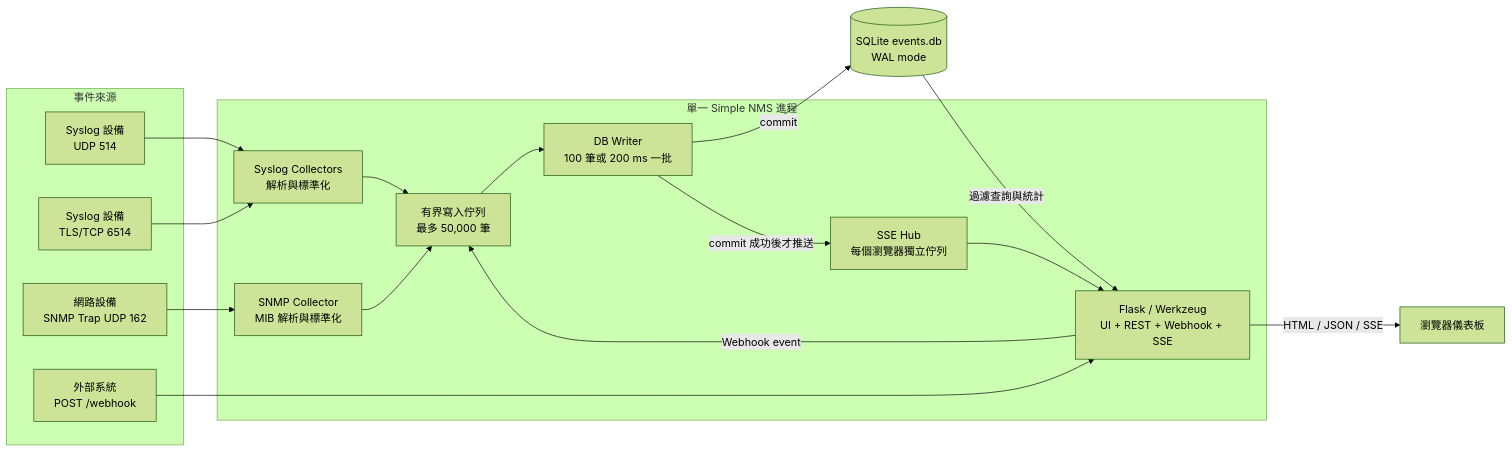
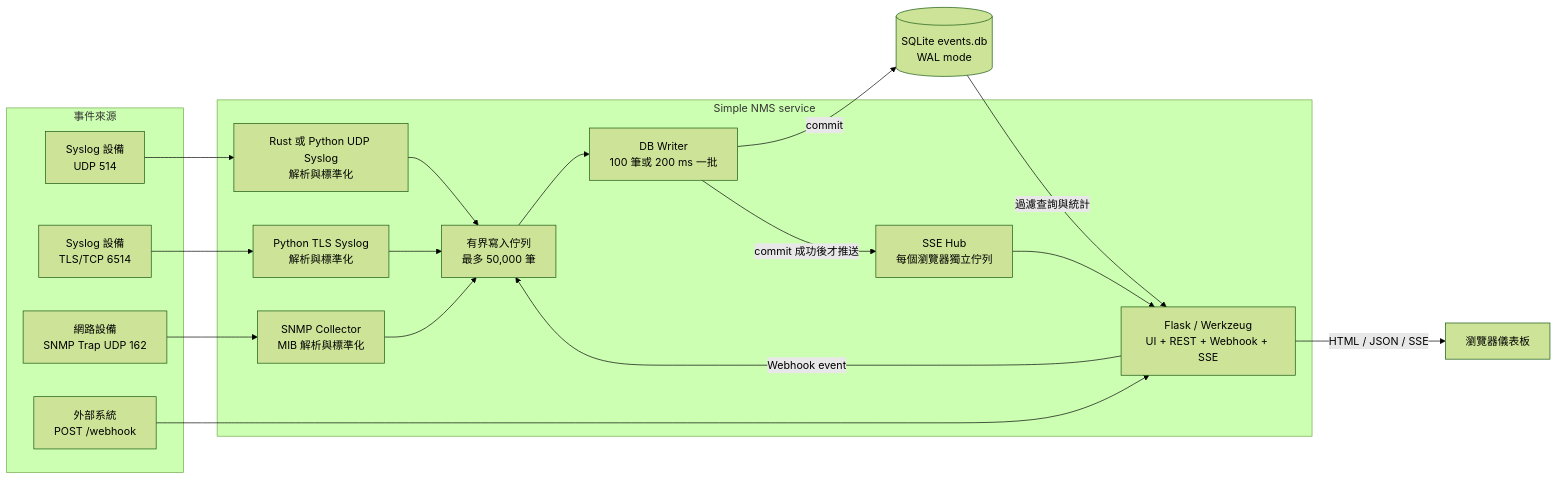
The diagram in README.zh-TW.md (echoapus/simple-nms), drawn with Mermaid (forest theme) before and after one commit. The commit also changed other lines of this file and 16 other files, not shown here.

Commit message:
Add selectable Rust syslog collector

````diff
--- a/README.zh-TW.md
+++ b/README.zh-TW.md
@@ -30,35 +28,37 @@
 ```mermaid
 flowchart LR
     subgraph Sources[事件來源]
         UDP[Syslog 設備<br/>UDP 514]
         TLS[Syslog 設備<br/>TLS/TCP 6514]
         SNMP[網路設備<br/>SNMP Trap UDP 162]
         HOOK[外部系統<br/>POST /webhook]
     end
 
-    subgraph NMS[單一 Simple NMS 進程]
-        SC[Syslog Collectors<br/>解析與標準化]
+    subgraph NMS[Simple NMS service]
+        SC[Rust 或 Python UDP Syslog<br/>解析與標準化]
+        TC[Python TLS Syslog<br/>解析與標準化]
         NC[SNMP Collector<br/>MIB 解析與標準化]
         WEB[Flask / Werkzeug<br/>UI + REST + Webhook + SSE]
         Q[有界寫入佇列<br/>最多 50,000 筆]
         WRITER[DB Writer<br/>100 筆或 200 ms 一批]
         HUB[SSE Hub<br/>每個瀏覽器獨立佇列]
     end
 
     DB[(SQLite events.db<br/>WAL mode)]
     BROWSER[瀏覽器儀表板]
 
     UDP --> SC
-    TLS --> SC
+    TLS --> TC
     SNMP --> NC
     HOOK --> WEB
     SC --> Q
+    TC --> Q
     NC --> Q
     WEB -->|Webhook event| Q
     Q --> WRITER
     WRITER -->|commit| DB
     WRITER -->|commit 成功後才推送| HUB
     DB -->|過濾查詢與統計| WEB
     HUB --> WEB
     WEB -->|HTML / JSON / SSE| BROWSER
 ```
````
